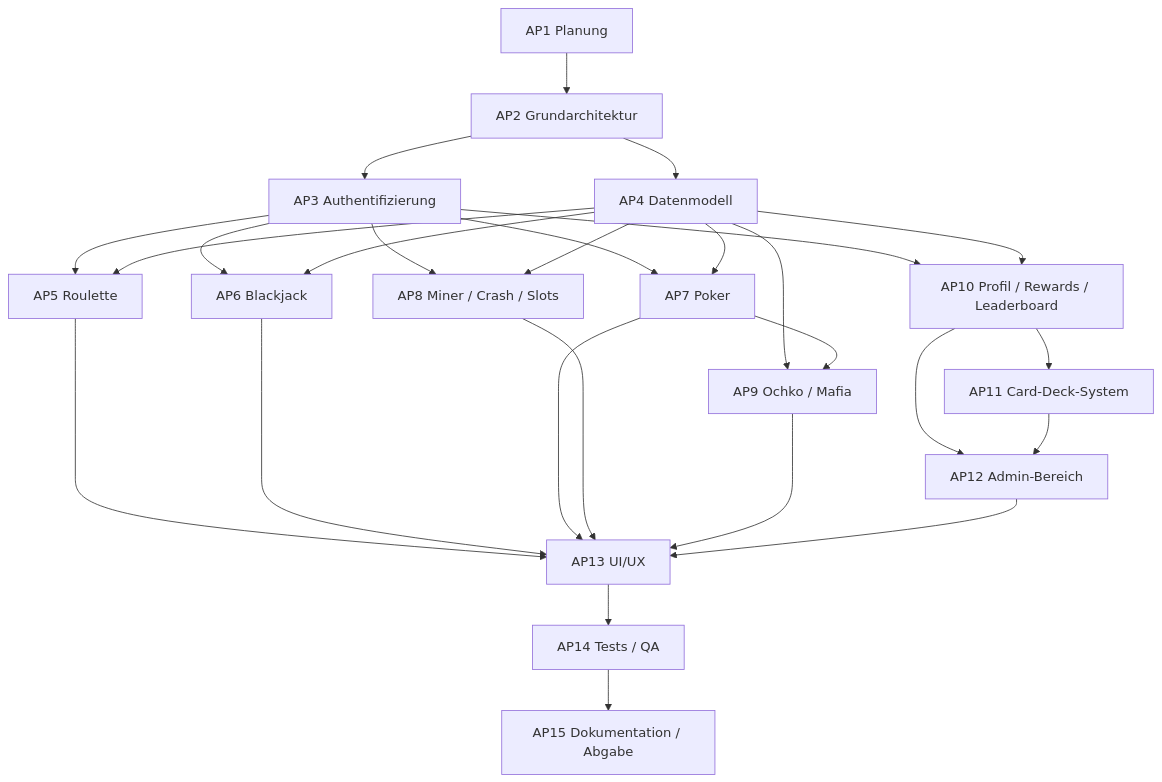
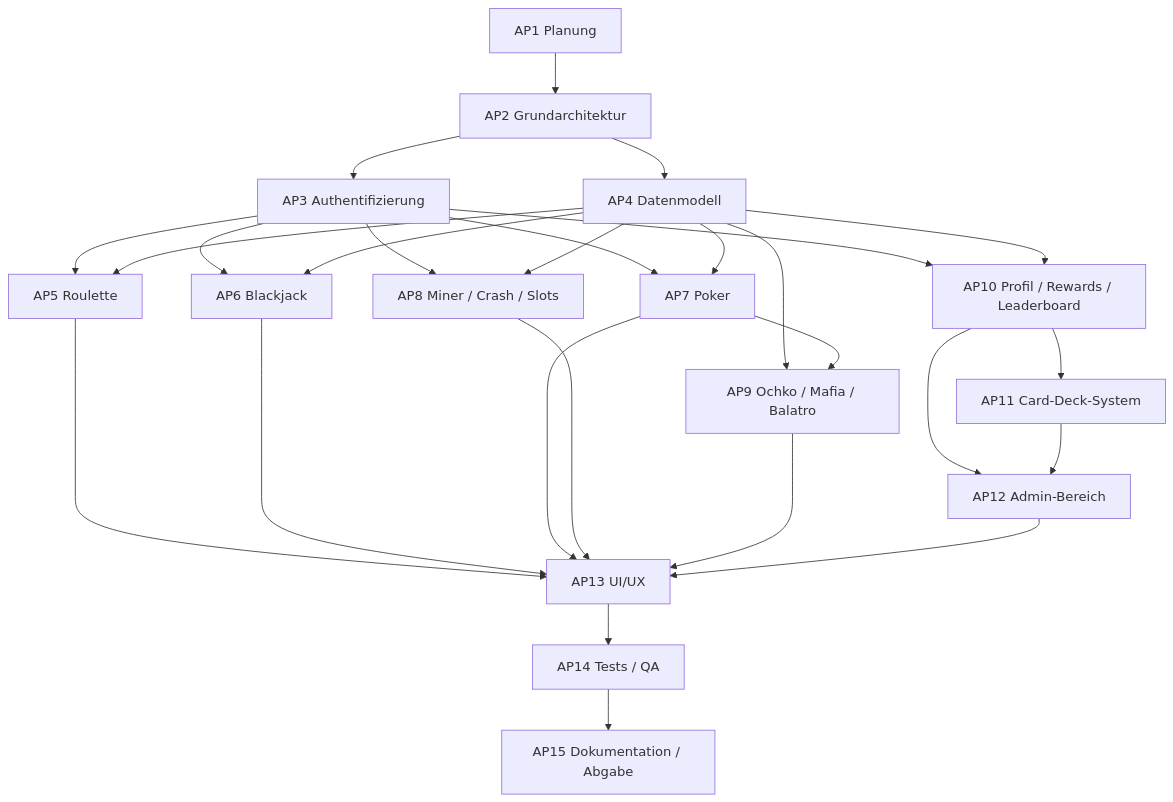
The diagram in projektmanagement/Arbeitspakete.md (so-s1m4/HTLBets), drawn with Mermaid before and after one commit. The commit also changed other lines of this file and 13 other files, not shown here.

````diff
--- a/projektmanagement/Arbeitspakete.md
+++ b/projektmanagement/Arbeitspakete.md
@@ -386,29 +390,29 @@
 ```mermaid
 flowchart TD
     AP1["AP1 Planung"] --> AP2["AP2 Grundarchitektur"]
     AP2 --> AP3["AP3 Authentifizierung"]
     AP2 --> AP4["AP4 Datenmodell"]
     AP3 --> AP5["AP5 Roulette"]
     AP3 --> AP6["AP6 Blackjack"]
     AP3 --> AP7["AP7 Poker"]
     AP3 --> AP8["AP8 Miner / Crash / Slots"]
     AP3 --> AP10["AP10 Profil / Rewards / Leaderboard"]
     AP4 --> AP5
     AP4 --> AP6
     AP4 --> AP7
     AP4 --> AP8
-    AP4 --> AP9["AP9 Ochko / Mafia"]
+    AP4 --> AP9["AP9 Ochko / Mafia / Balatro"]
     AP4 --> AP10
     AP10 --> AP11["AP11 Card-Deck-System"]
     AP10 --> AP12["AP12 Admin-Bereich"]
     AP11 --> AP12
     AP7 --> AP9
     AP5 --> AP13["AP13 UI/UX"]
     AP6 --> AP13
     AP7 --> AP13
     AP8 --> AP13
     AP9 --> AP13
     AP12 --> AP13
     AP13 --> AP14["AP14 Tests / QA"]
     AP14 --> AP15["AP15 Dokumentation / Abgabe"]
 ```
````
